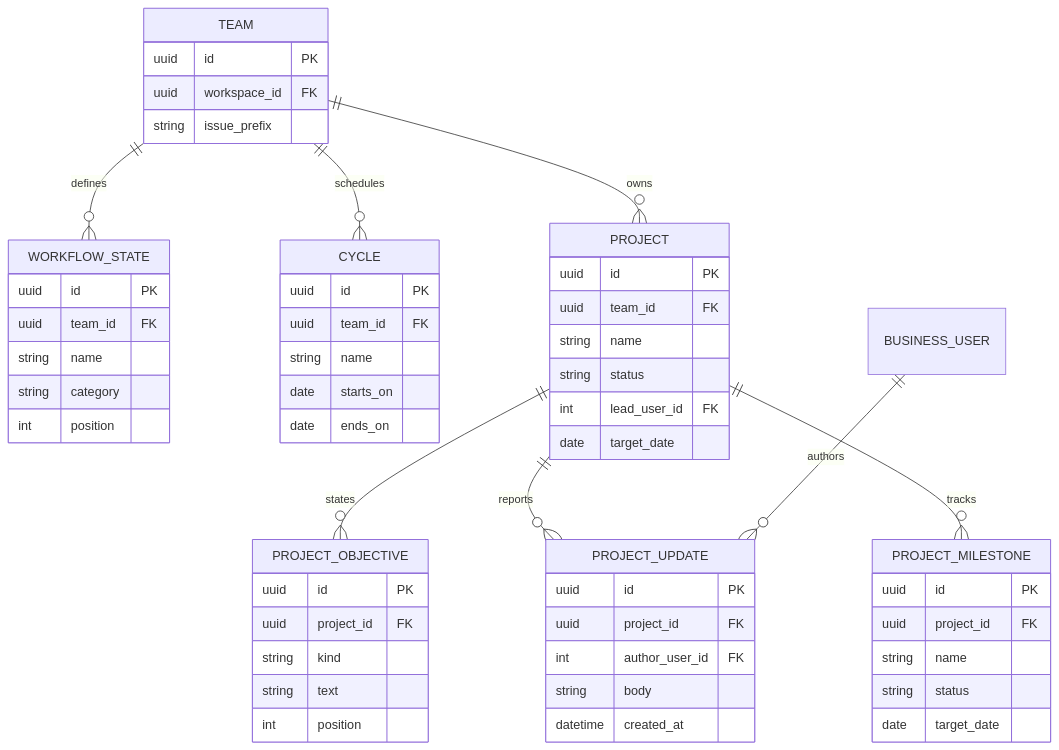
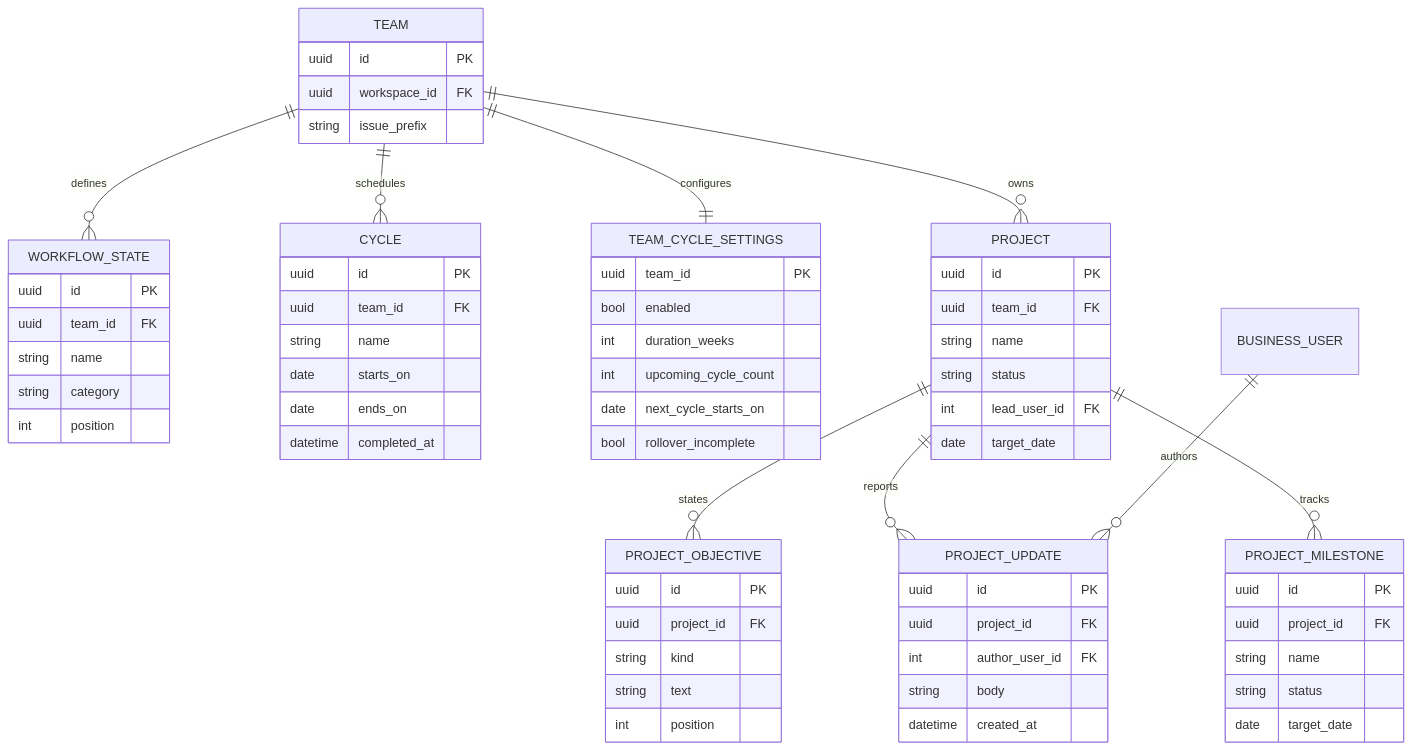
The first of 2 diagrams in docs/data-model/03-work-planning.md (LeonQC/commonplan-api), drawn with Mermaid before and after one commit. The commit also changed other lines of this file and 11 other files, not shown here.

````diff
--- a/docs/data-model/03-work-planning.md
+++ b/docs/data-model/03-work-planning.md
@@ -7,59 +7,69 @@
 ```mermaid
 erDiagram
     TEAM ||--o{ WORKFLOW_STATE : defines
     TEAM ||--o{ CYCLE : schedules
+    TEAM ||--|| TEAM_CYCLE_SETTINGS : configures
     TEAM ||--o{ PROJECT : owns
     PROJECT ||--o{ PROJECT_OBJECTIVE : states
     PROJECT ||--o{ PROJECT_UPDATE : reports
     PROJECT ||--o{ PROJECT_MILESTONE : tracks
     BUSINESS_USER ||--o{ PROJECT_UPDATE : authors
 
     TEAM {
         uuid id PK
         uuid workspace_id FK
         string issue_prefix
     }
     WORKFLOW_STATE {
         uuid id PK
         uuid team_id FK
         string name
         string category
         int position
     }
     CYCLE {
         uuid id PK
         uuid team_id FK
         string name
         date starts_on
         date ends_on
+        datetime completed_at
+    }
+    TEAM_CYCLE_SETTINGS {
+        uuid team_id PK
+        bool enabled
+        int duration_weeks
+        int upcoming_cycle_count
+        date next_cycle_starts_on
+        bool rollover_incomplete
     }
     PROJECT {
         uuid id PK
         uuid team_id FK
         string name
         string status
         int lead_user_id FK
         date target_date
     }
     PROJECT_OBJECTIVE {
         uuid id PK
         uuid project_id FK
         string kind
         string text
         int position
     }
     PROJECT_UPDATE {
         uuid id PK
         uuid project_id FK
         int author_user_id FK
         string body
         datetime created_at
     }
     PROJECT_MILESTONE {
         uuid id PK
         uuid project_id FK
         string name
         string status
         date target_date
     }
 ```
````
